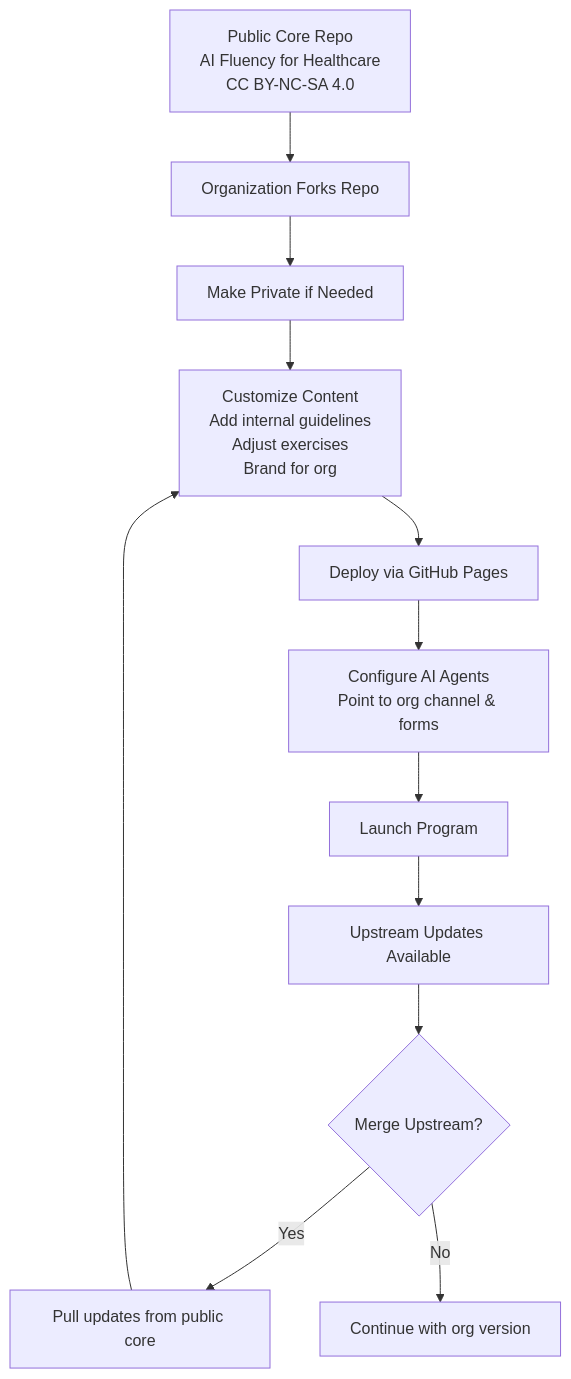
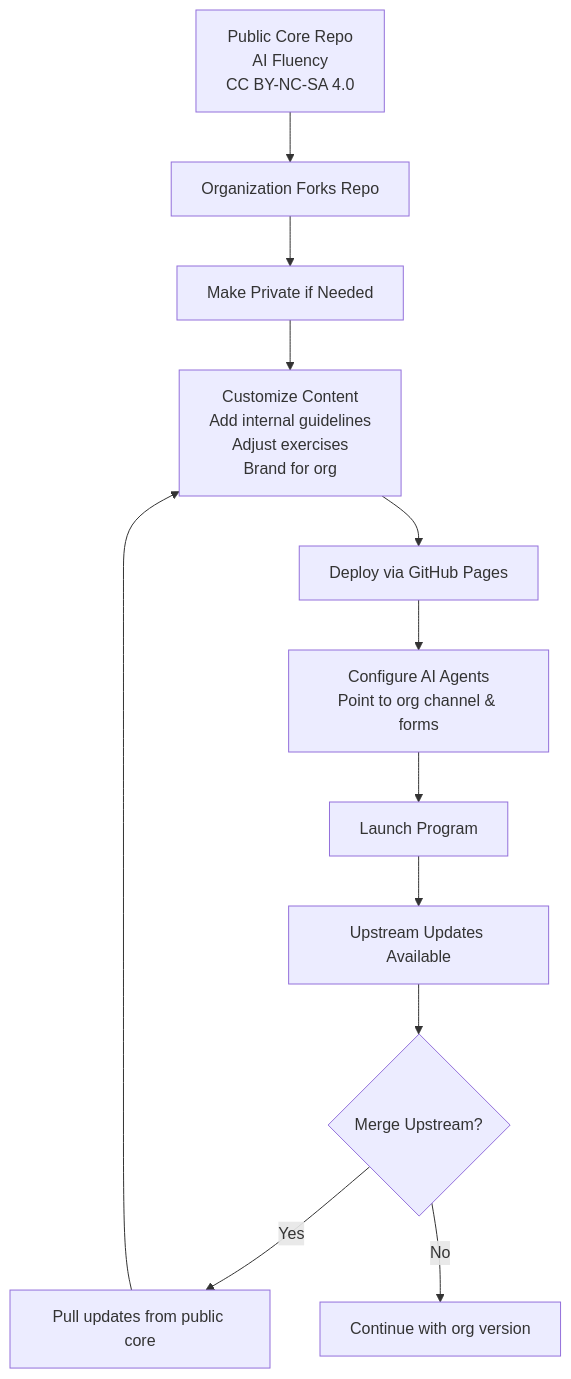
Before and after one commit to BrianKolowitz/ai-fluency: the sixth of 6 diagrams in process-flow.md, drawn with Mermaid. The commit also changed 16 other files, not shown here.

```diff
--- a/process-flow.md
+++ b/process-flow.md
@@ -133,14 +133,14 @@
 <div class="mermaid">
 flowchart TD
-    A[Public Core Repo<br/>AI Fluency for Healthcare<br/>CC BY-NC-SA 4.0] --> B[Organization Forks Repo]
+    A[Public Core Repo<br/>AI Fluency<br/>CC BY-NC-SA 4.0] --> B[Organization Forks Repo]
     B --> C[Make Private if Needed]
     C --> D[Customize Content<br/>Add internal guidelines<br/>Adjust exercises<br/>Brand for org]
     D --> E[Deploy via GitHub Pages]
     E --> F[Configure AI Agents<br/>Point to org channel & forms]
     F --> G[Launch Program]
     G --> H[Upstream Updates Available]
     H --> I{Merge Upstream?}
     I -->|Yes| J[Pull updates from public core]
     I -->|No| K[Continue with org version]
     J --> D
 </div>
```
